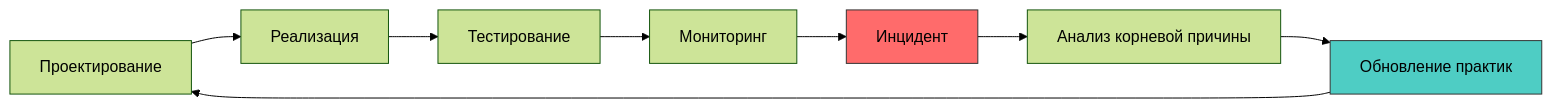
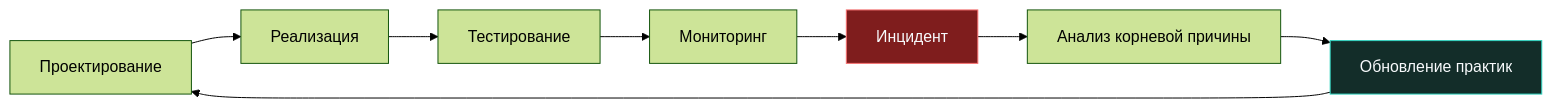
Before and after one commit to UnrealTemplier/go-textbook: the second of 2 diagrams in sources/17. Безопасность (AppSec в Go)/07. Практика/5. Итоги раздела. Security mindset.md, drawn with Mermaid (forest theme). The commit also changed other lines of this file and 310 other files, not shown here.

First line of the commit message:
fix(mermaid): replace light fill colors with dark palette for readability on dark theme

````diff
--- a/sources/17. Безопасность (AppSec в Go)/07. Практика/5. Итоги раздела. Security mindset.md
+++ b/sources/17. Безопасность (AppSec в Go)/07. Практика/5. Итоги раздела. Security mindset.md
@@ -89,13 +89,13 @@
 ```mermaid
 flowchart LR
     A["Проектирование"] --> B["Реализация"]
     B --> C["Тестирование"]
     C --> D["Мониторинг"]
     D --> E["Инцидент"]
     E --> F["Анализ корневой причины"]
     F --> G["Обновление практик"]
     G --> A
     
-    style E fill:#ff6b6b,stroke:#333
-    style G fill:#4ecdc4,stroke:#333
+    style E fill:#7f1d1d,stroke:#f87171,color:#f8fafc
+    style G fill:#132d29,stroke:#2dd4bf,color:#f8fafc
 ```
````
